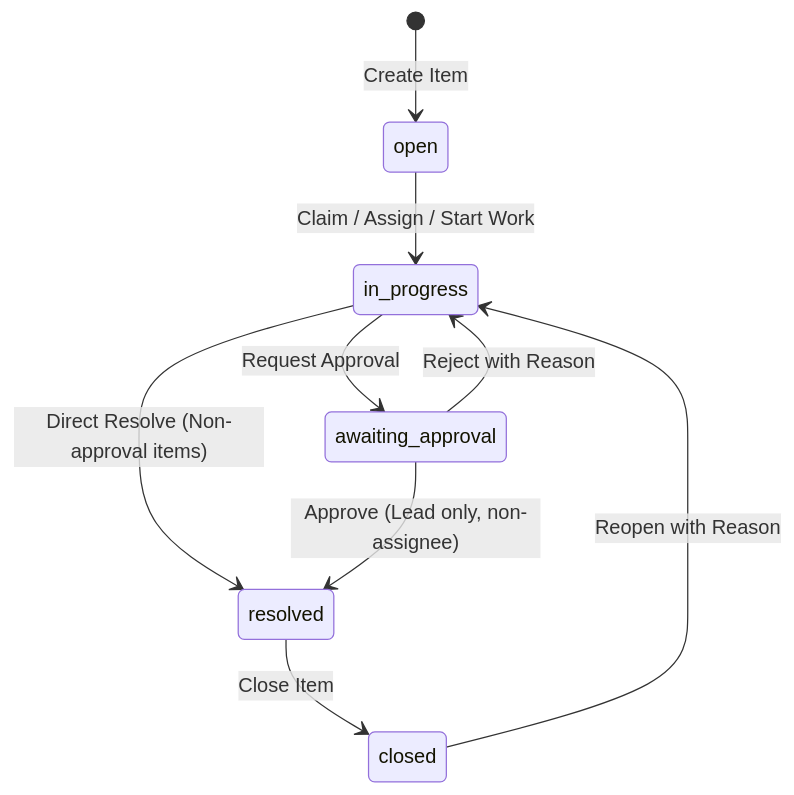
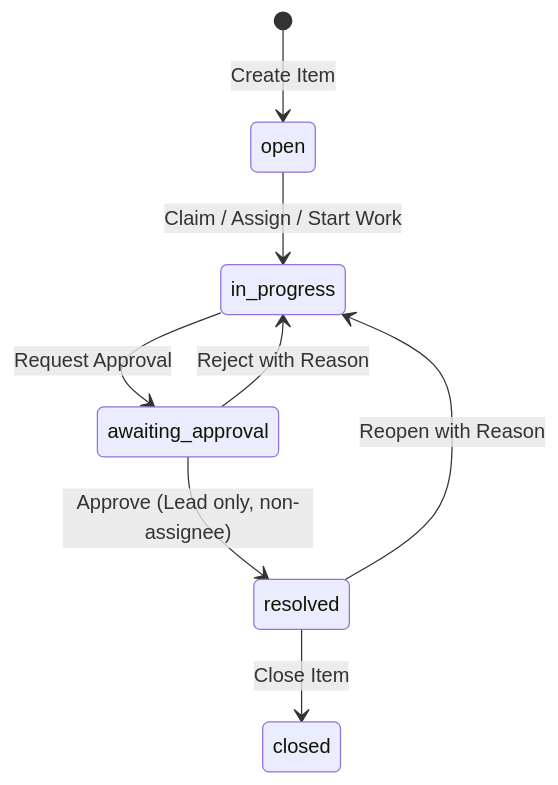
The third of 3 diagrams in README.md (anmol520/newtonite-ops--2300971530027-), drawn with Mermaid before and after one commit. The commit also changed other lines of this file and 2 other files, not shown here.

````diff
--- a/README.md
+++ b/README.md
@@ -255,11 +257,10 @@
 ```mermaid
 stateDiagram-v2
     [*] --> open : Create Item
     open --> in_progress : Claim / Assign / Start Work
     in_progress --> awaiting_approval : Request Approval
-    in_progress --> resolved : Direct Resolve (Non-approval items)
     awaiting_approval --> resolved : Approve (Lead only, non-assignee)
     awaiting_approval --> in_progress : Reject with Reason
     resolved --> closed : Close Item
-    closed --> in_progress : Reopen with Reason
+    resolved --> in_progress : Reopen with Reason
 ```
````
